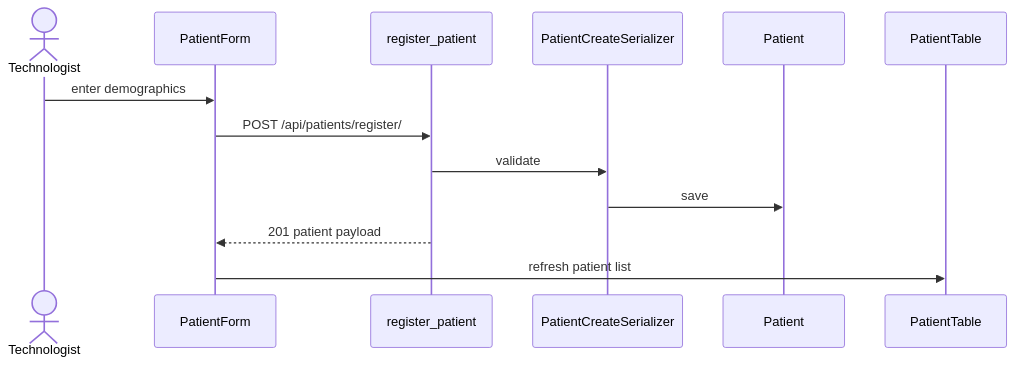
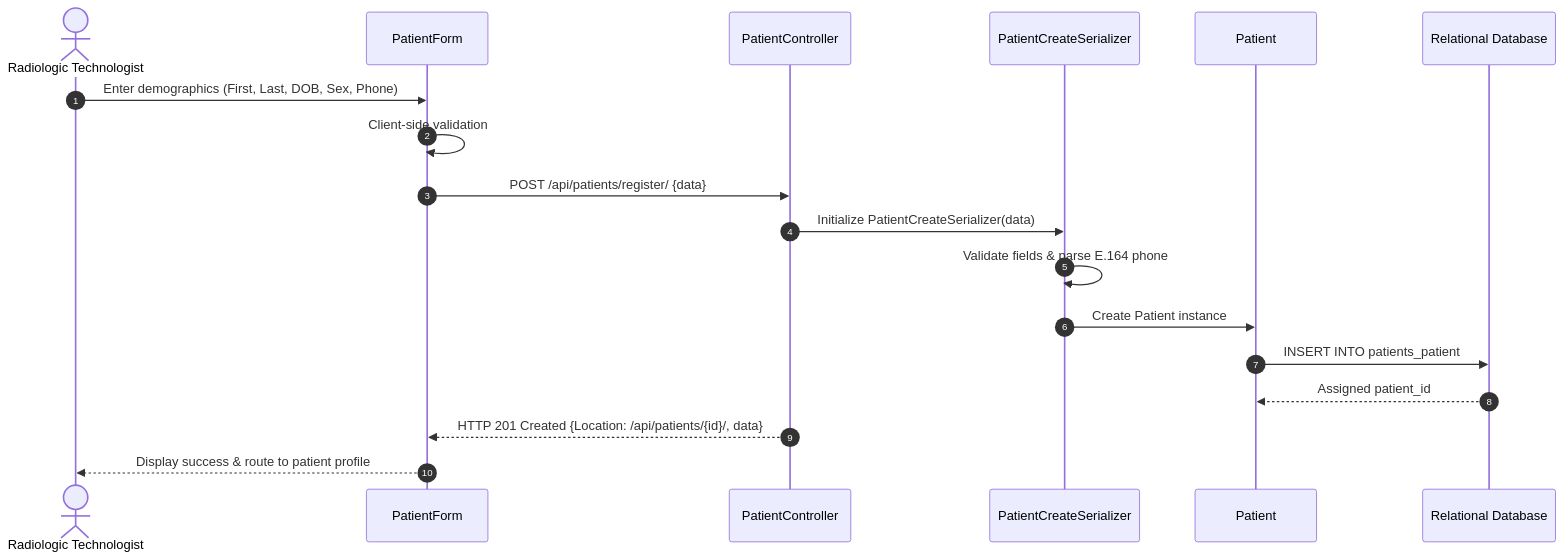
One commit to DymNomZ/TBXR changed the diagram in documentation/sequence diagrams/1.3_Sequence Diagram.md. Above: the diagram before and after it, drawn with Mermaid. The commit also changed 80 other files, not shown here.

````diff
--- a/documentation/sequence diagrams/1.3_Sequence Diagram.md
+++ b/documentation/sequence diagrams/1.3_Sequence Diagram.md
@@ -1,16 +1,21 @@
 ```mermaid
 sequenceDiagram
-    actor Technologist
+    autonumber
+    actor Tech as Radiologic Technologist
     participant Form as PatientForm
-    participant API as register_patient
+    participant View as PatientController
     participant Ser as PatientCreateSerializer
-    participant Patient
-    participant List as PatientTable
+    participant Model as Patient
+    participant DB as Relational Database
 
-    Technologist->>Form: enter demographics
-    Form->>API: POST /api/patients/register/
-    API->>Ser: validate
-    Ser->>Patient: save
-    API-->>Form: 201 patient payload
-    Form->>List: refresh patient list
+    Tech->>Form: Enter demographics (First, Last, DOB, Sex, Phone)
+    Form->>Form: Client-side validation
+    Form->>View: POST /api/patients/register/ {data}
+    View->>Ser: Initialize PatientCreateSerializer(data)
+    Ser->>Ser: Validate fields & parse E.164 phone
+    Ser->>Model: Create Patient instance
+    Model->>DB: INSERT INTO patients_patient
+    DB-->>Model: Assigned patient_id
+    View-->>Form: HTTP 201 Created {Location: /api/patients/{id}/, data}
+    Form-->>Tech: Display success & route to patient profile
 ```
````
